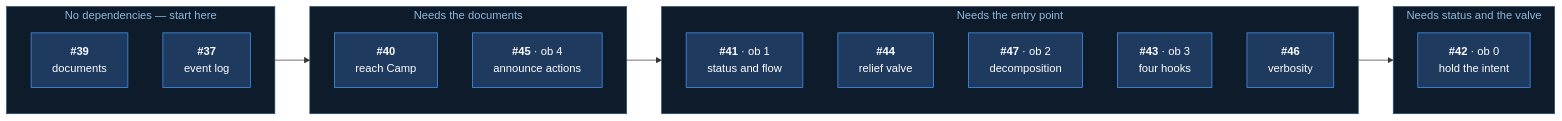
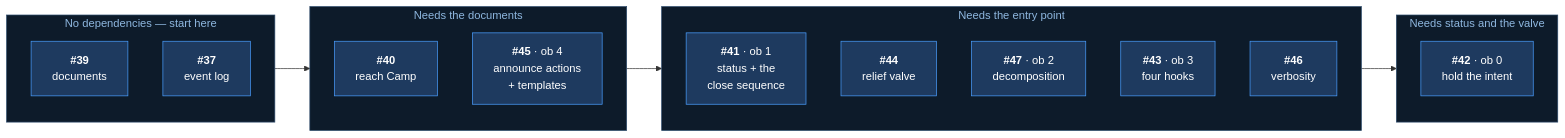
Before and after one commit to Calyx-Engineering/arc: the second of 2 diagrams in docs/arc-log/arc-03-camp.md, drawn with Mermaid. The commit also changed other lines of this file, not shown here.

Commit message:
docs: codify the close sequence in #41, propagation in #45
Three gaps found reviewing the decomposition:

- #45 defined the camp-reports: header but nothing made a future
  artifact carry one. Templates now propagate it, and verify-hook
  reports a missing declaration rather than denying it.
- #41 leaned on skills/handoff, record-route, issue-write and
  tracker-verify without saying they already exist, so a cold session
  could have rebuilt them.
- #41 said Camp names what closing requires but never said what that
  list is, which is how the process varies by session. Nine ordered
  steps now, with the silent-failure step called out.

Refs #27

````diff
--- a/docs/arc-log/arc-03-camp.md
+++ b/docs/arc-log/arc-03-camp.md
@@ -129,32 +129,32 @@
 ```mermaid
 flowchart LR
     subgraph W1[" No dependencies — start here "]
         direction TB
         A1["<b>#39</b><br/>documents"]
         A2["<b>#37</b><br/>event log"]
     end
     subgraph W2[" Needs the documents "]
         direction TB
         B1["<b>#40</b><br/>reach Camp"]
-        B2["<b>#45</b> · ob 4<br/>announce actions"]
+        B2["<b>#45</b> · ob 4<br/>announce actions<br/>+ templates"]
     end
     subgraph W3[" Needs the entry point "]
         direction TB
-        C1["<b>#41</b> · ob 1<br/>status and flow"]
+        C1["<b>#41</b> · ob 1<br/>status + the<br/>close sequence"]
         C2["<b>#44</b><br/>relief valve"]
         C3["<b>#47</b> · ob 2<br/>decomposition"]
         C4["<b>#43</b> · ob 3<br/>four hooks"]
         C5["<b>#46</b><br/>verbosity"]
     end
     subgraph W4[" Needs status and the valve "]
         direction TB
         D1["<b>#42</b> · ob 0<br/>hold the intent"]
     end
     W1 --> W2 --> W3 --> W4
     classDef n fill:#1e3a5f,stroke:#4a9eff,color:#fff
     class A1,A2,B1,B2,C1,C2,C3,C4,C5,D1 n
     style W1 fill:#0d1b2a,stroke:#2c4a6b,color:#8fb8e0
     style W2 fill:#0d1b2a,stroke:#2c4a6b,color:#8fb8e0
     style W3 fill:#0d1b2a,stroke:#2c4a6b,color:#8fb8e0
     style W4 fill:#0d1b2a,stroke:#2c4a6b,color:#8fb8e0
 ```
````
